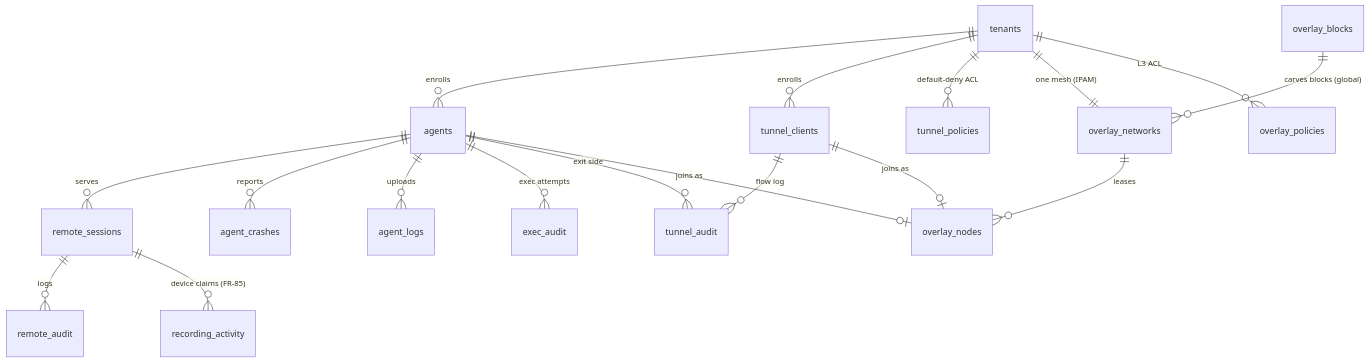
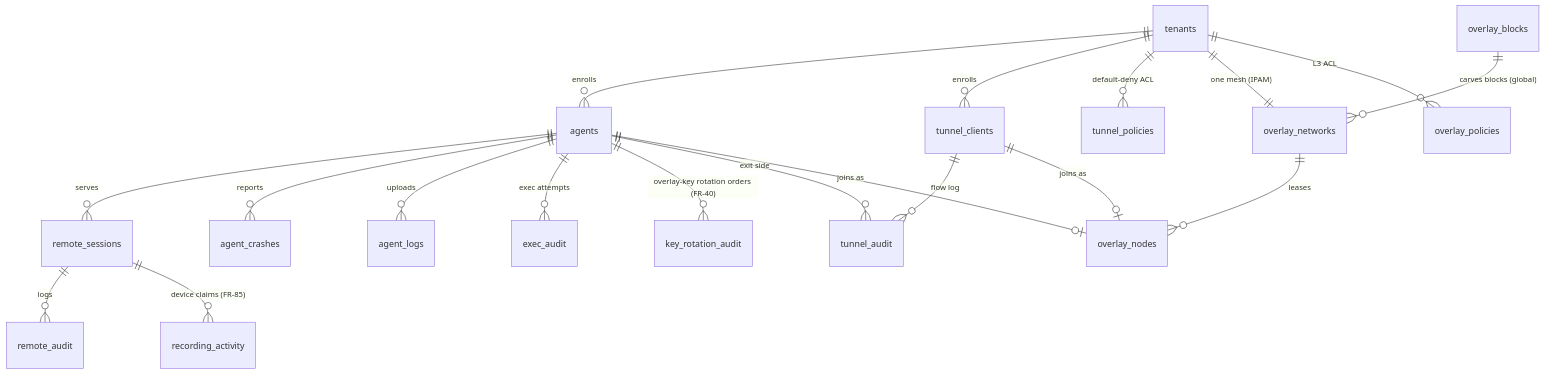
One commit to gjovanov/roomler-ai changed the second of 2 diagrams in docs/data-model.md. Above: the diagram before and after it, drawn with Mermaid. The commit also changed other lines of this file and 8 other files, not shown here.

First line of the commit message:
docs(fr-40): the overlay-key-rotation page the close owes, and AC4/AC5/AC7 field-read on throwaway VMs

````diff
--- a/docs/data-model.md
+++ b/docs/data-model.md
@@ -61,20 +61,21 @@
 ```mermaid
 erDiagram
     tenants ||--o{ agents : enrolls
     agents ||--o{ remote_sessions : serves
     remote_sessions ||--o{ remote_audit : logs
     remote_sessions ||--o{ recording_activity : "device claims (FR-85)"
     agents ||--o{ agent_crashes : reports
     agents ||--o{ agent_logs : uploads
     agents ||--o{ exec_audit : "exec attempts"
+    agents ||--o{ key_rotation_audit : "overlay-key rotation orders (FR-40)"
     tenants ||--o{ tunnel_clients : enrolls
     tenants ||--o{ tunnel_policies : "default-deny ACL"
     tunnel_clients ||--o{ tunnel_audit : "flow log"
     agents ||--o{ tunnel_audit : "exit side"
     tenants ||--|| overlay_networks : "one mesh (IPAM)"
     overlay_networks ||--o{ overlay_nodes : leases
     agents ||--o| overlay_nodes : "joins as"
     tunnel_clients ||--o| overlay_nodes : "joins as"
     tenants ||--o{ overlay_policies : "L3 ACL"
     overlay_blocks ||--o{ overlay_networks : "carves blocks (global)"
 ```
````
